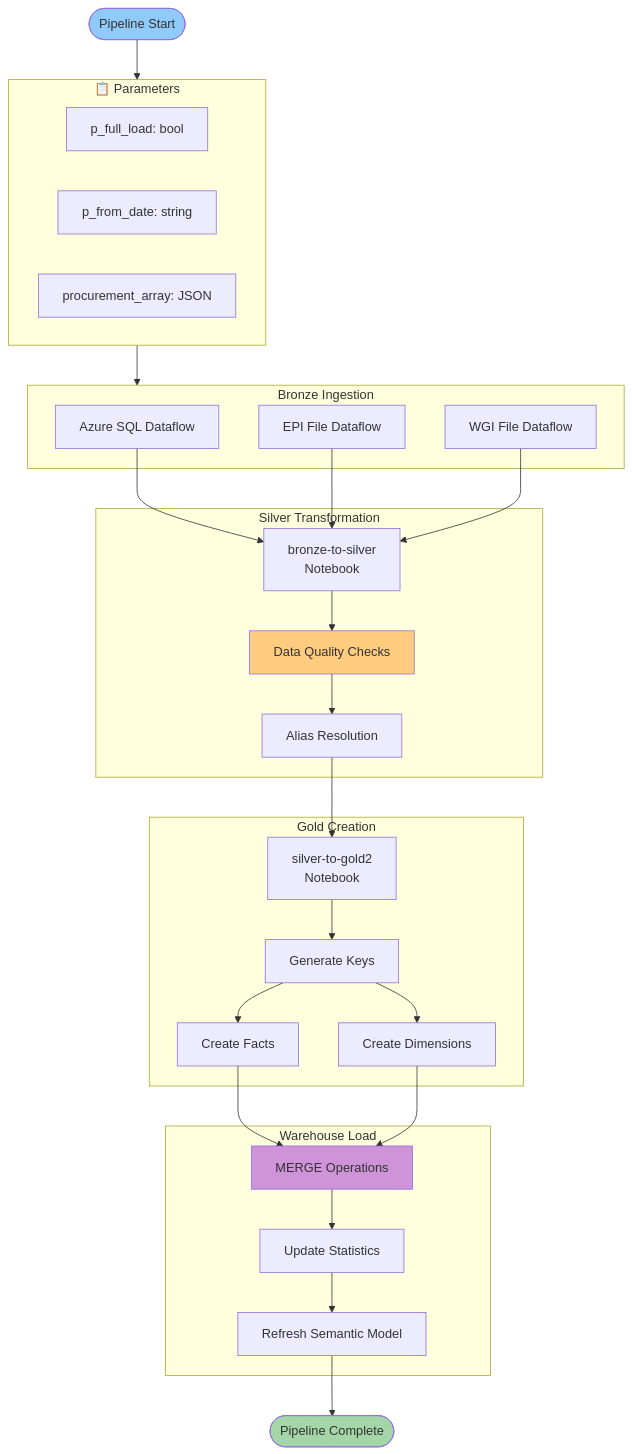
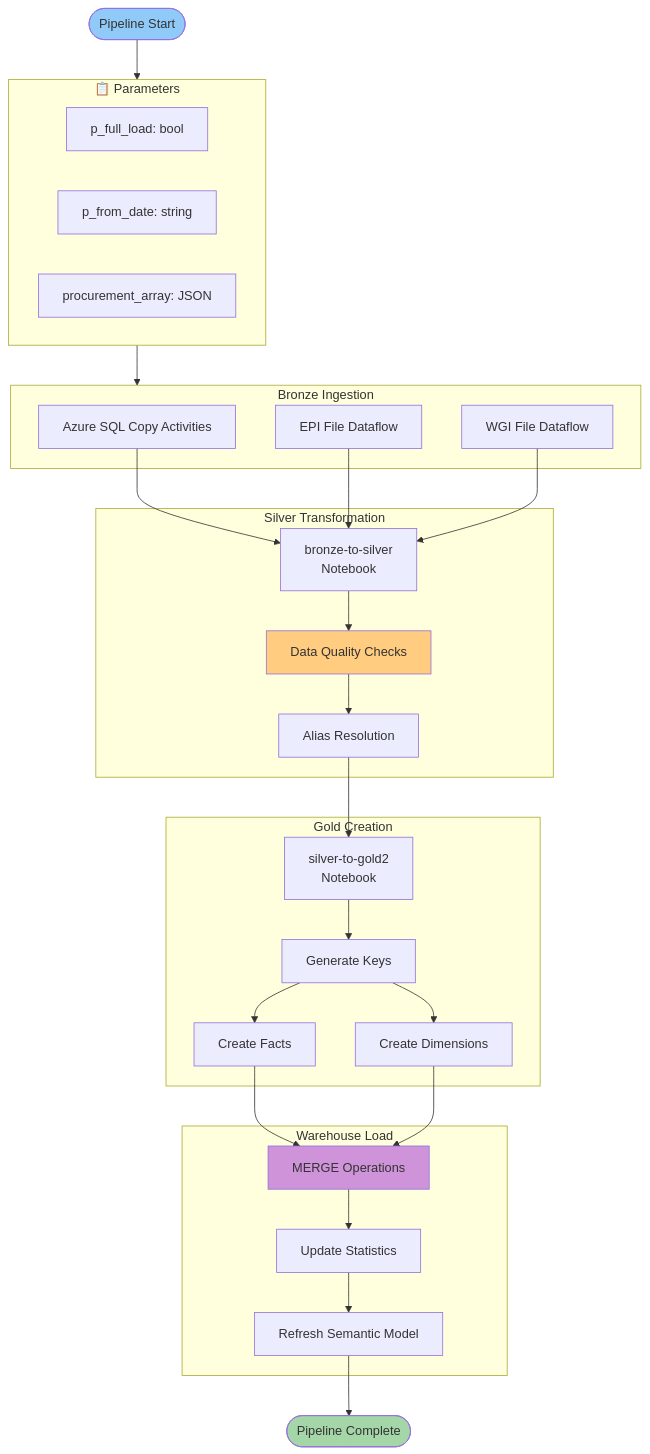
The second of 4 diagrams in docs/architecture/data-flow-diagram.md (erikemilsson/OEMMatInsightBI), drawn with Mermaid before and after one commit. The commit also changed 10 other files, not shown here.

````diff
--- a/docs/architecture/data-flow-diagram.md
+++ b/docs/architecture/data-flow-diagram.md
@@ -92,59 +92,59 @@
 ```mermaid
 flowchart TB
     Start([Pipeline Start])
 
     subgraph Params["📋 Parameters"]
         P1[p_full_load: bool]
         P2[p_from_date: string]
         P3[procurement_array: JSON]
     end
 
     subgraph Bronze["Bronze Ingestion"]
-        B1[Azure SQL Dataflow]
+        B1[Azure SQL Copy Activities]
         B2[EPI File Dataflow]
         B3[WGI File Dataflow]
     end
 
     subgraph Silver["Silver Transformation"]
         S1[bronze-to-silver<br/>Notebook]
         S2[Data Quality Checks]
         S3[Alias Resolution]
     end
 
     subgraph Gold["Gold Creation"]
         G1[silver-to-gold2<br/>Notebook]
         G2[Generate Keys]
         G3[Create Facts]
         G4[Create Dimensions]
     end
 
     subgraph Load["Warehouse Load"]
         L1[MERGE Operations]
         L2[Update Statistics]
         L3[Refresh Semantic Model]
     end
 
     End([Pipeline Complete])
 
     Start --> Params
     Params --> Bronze
     B1 --> S1
     B2 --> S1
     B3 --> S1
     S1 --> S2
     S2 --> S3
     S3 --> G1
     G1 --> G2
     G2 --> G3
     G2 --> G4
     G3 --> L1
     G4 --> L1
     L1 --> L2
     L2 --> L3
     L3 --> End
 
     style Start fill:#90caf9
     style End fill:#a5d6a7
     style S2 fill:#ffcc80
     style L1 fill:#ce93d8
 ```
````
